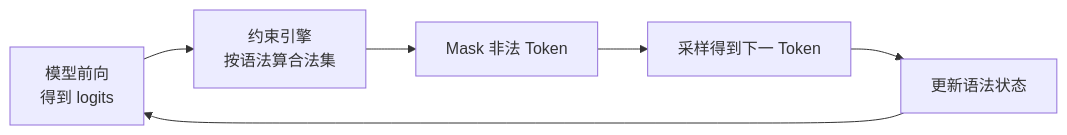
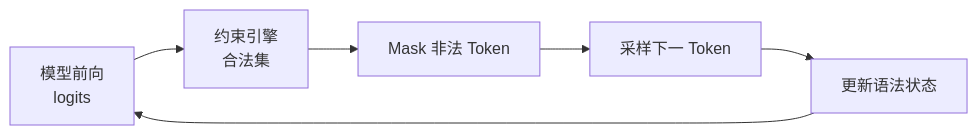
The diagram in docs/guides/模块四-推理优化/第8章-生产级服务特性/8.1-结构化输出.md (tqm6666/AIInfraGuide), drawn with Mermaid before and after one commit. The commit also changed other lines of this file and 5 other files, not shown here.

````diff
--- a/docs/guides/模块四-推理优化/第8章-生产级服务特性/8.1-结构化输出.md
+++ b/docs/guides/模块四-推理优化/第8章-生产级服务特性/8.1-结构化输出.md
@@ -53,8 +66,8 @@
 ```mermaid
 flowchart LR
-    A["模型前向<br/>得到 logits"] --> B["约束引擎<br/>按语法算合法集"]
+    A["模型前向<br/>logits"] --> B["约束引擎<br/>合法集"]
     B --> C["Mask 非法 Token"]
-    C --> D["采样得到下一 Token"]
+    C --> D["采样下一 Token"]
     D --> E["更新语法状态"]
     E --> A
 ```
````
